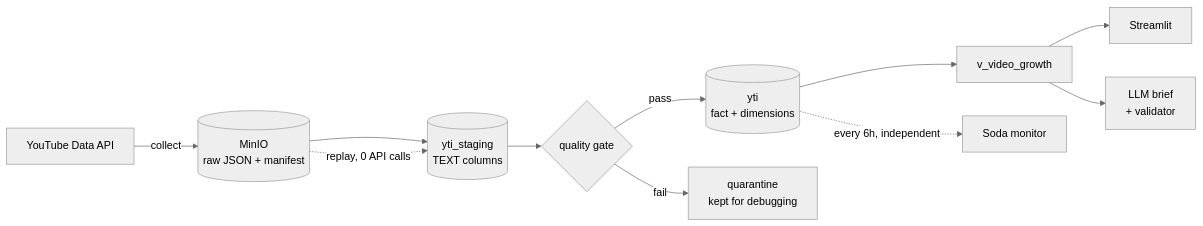
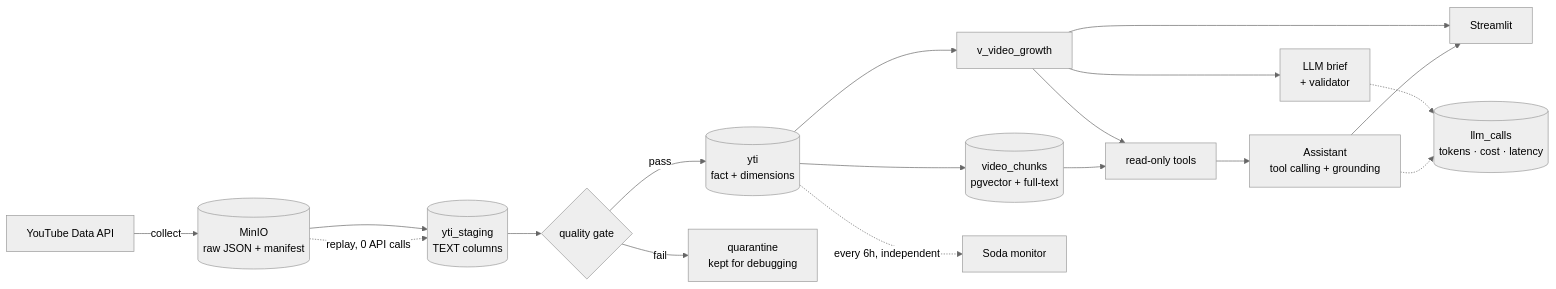
Before and after one commit to dt-thanh/YT_ELT: the first of 2 diagrams in README.md, drawn with Mermaid (neutral theme). The commit also changed other lines of this file and 48 other files, not shown here.

````diff
--- a/README.md
+++ b/README.md
@@ -21,13 +25,20 @@
 ```mermaid
 flowchart LR
     YT[YouTube Data API] -->|collect| RAW[(MinIO<br/>raw JSON + manifest)]
     RAW --> STG[(yti_staging<br/>TEXT columns)]
     STG --> GATE{quality gate}
     GATE -->|pass| PUB[(yti<br/>fact + dimensions)]
     GATE -->|fail| Q[quarantine<br/>kept for debugging]
     PUB --> VIEW[v_video_growth]
     VIEW --> DASH[Streamlit]
     VIEW --> LLM[LLM brief<br/>+ validator]
+    PUB --> CHUNKS[(video_chunks<br/>pgvector + full-text)]
+    VIEW --> TOOLS[read-only tools]
+    CHUNKS --> TOOLS
+    TOOLS --> AGENT[Assistant<br/>tool calling + grounding]
+    AGENT --> DASH
+    LLM -.-> LOG[(llm_calls<br/>tokens · cost · latency)]
+    AGENT -.-> LOG
     RAW -. replay, 0 API calls .-> STG
     PUB -. every 6h, independent .-> SODA[Soda monitor]
 ```
````
